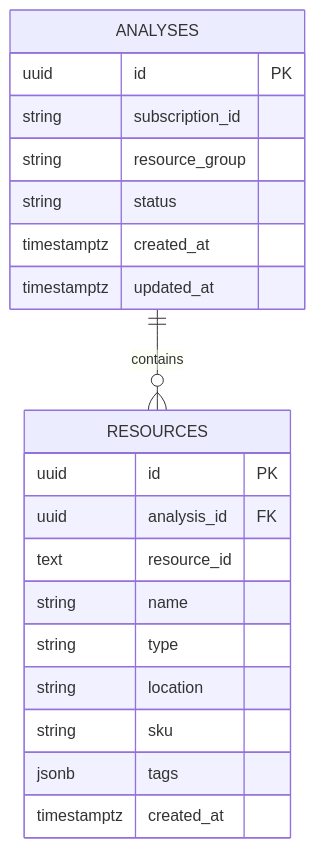
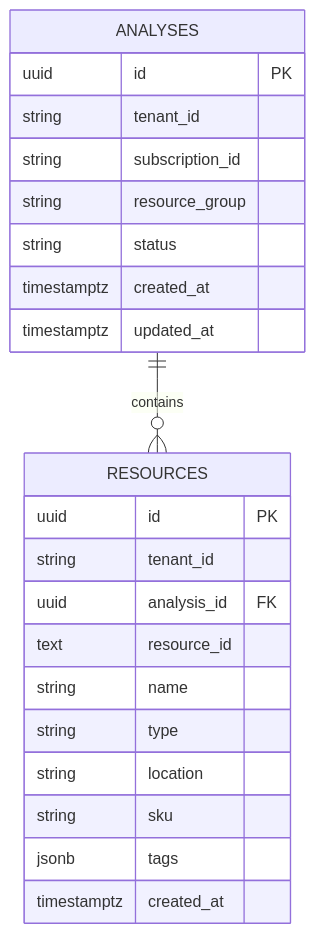
One commit to manikantadakarapu/AI-Cloud-Cost-Detector changed the third of 7 diagrams in docs/Architecture.md. Above: the diagram before and after it, drawn with Mermaid. The commit also changed other lines of this file and 18 other files, not shown here.

````diff
--- a/docs/Architecture.md
+++ b/docs/Architecture.md
@@ -88,25 +90,27 @@
 ```mermaid
 erDiagram
     ANALYSES ||--o{ RESOURCES : contains
 
     ANALYSES {
         uuid id PK
+        string tenant_id
         string subscription_id
         string resource_group
         string status
         timestamptz created_at
         timestamptz updated_at
     }
 
     RESOURCES {
         uuid id PK
+        string tenant_id
         uuid analysis_id FK
         text resource_id
         string name
         string type
         string location
         string sku
         jsonb tags
         timestamptz created_at
     }
 ```
````
